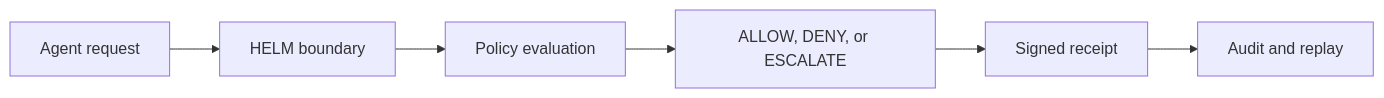
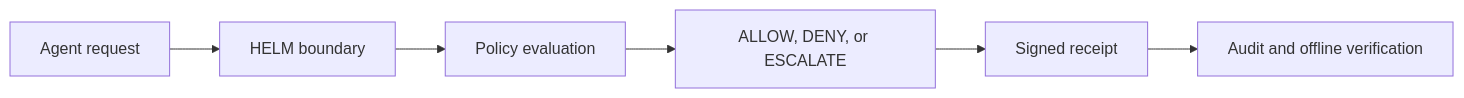
Before and after one commit to Mindburn-Labs/helm-ai-kernel: the diagram in docs/use-cases/agent-tool-call-governance.md, drawn with Mermaid. The commit also changed other lines of this file and 71 other files, not shown here.

````diff
--- a/docs/use-cases/agent-tool-call-governance.md
+++ b/docs/use-cases/agent-tool-call-governance.md
@@ -18,8 +18,8 @@
 ```mermaid
 flowchart LR
     Agent["Agent request"] --> Boundary["HELM boundary"]
     Boundary --> Policy["Policy evaluation"]
     Policy --> Verdict["ALLOW, DENY, or ESCALATE"]
     Verdict --> Receipt["Signed receipt"]
-    Receipt --> Audit["Audit and replay"]
+    Receipt --> Audit["Audit and offline verification"]
 ```
````
